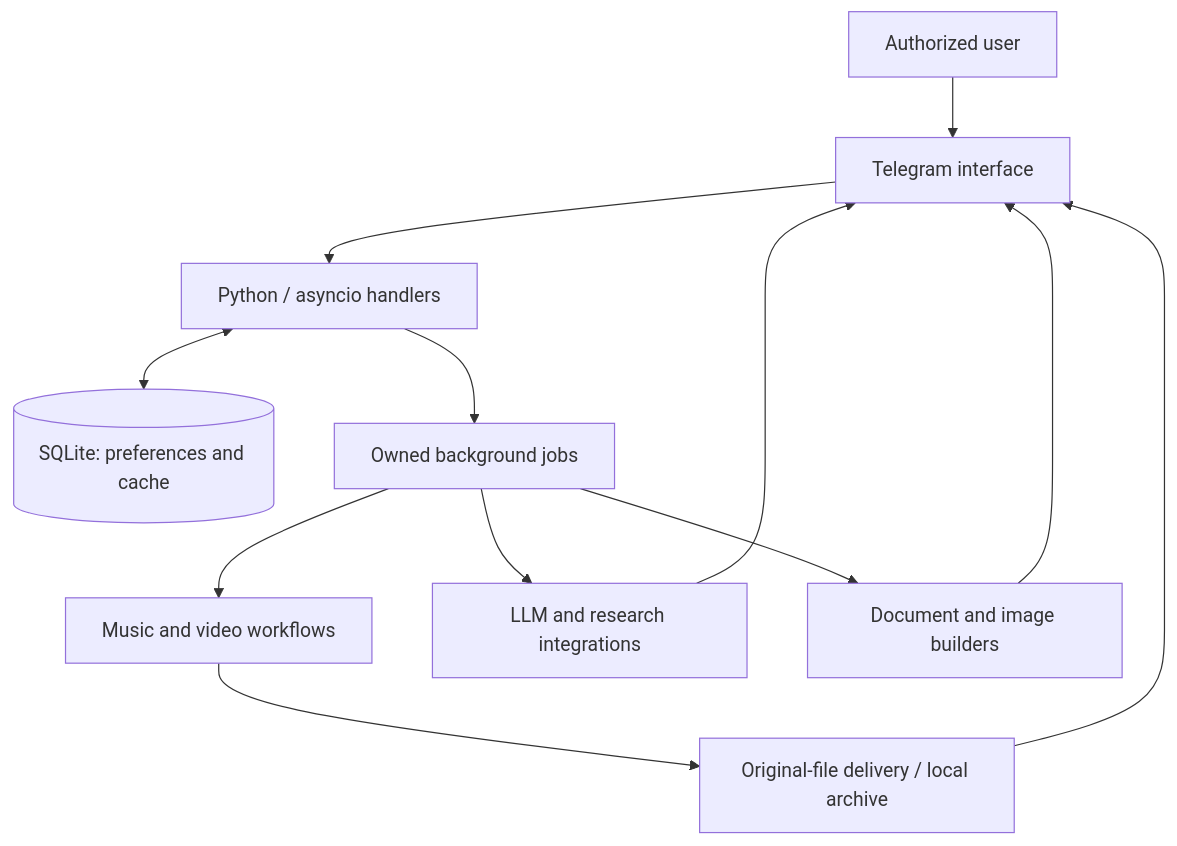
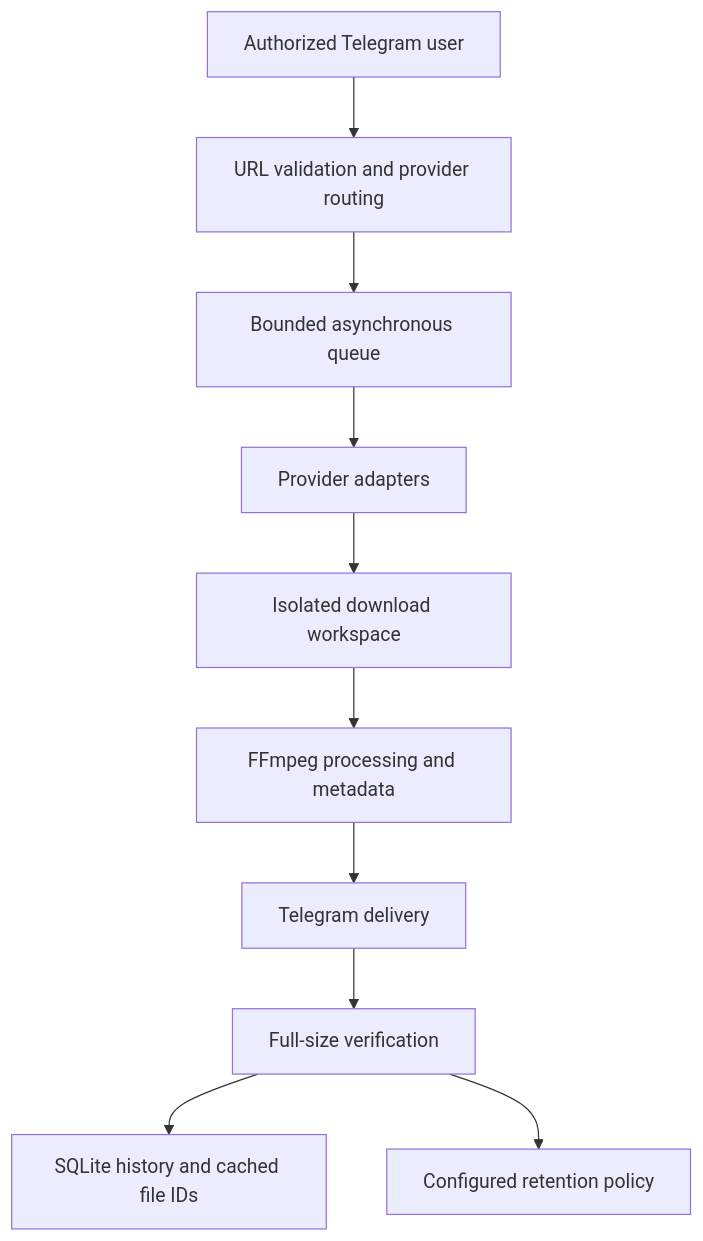
Before and after one commit to omidalighadr/samery-showcase: the diagram in README.md, drawn with Mermaid. The commit also changed other lines of this file, not shown here.

Commit message:
Replace assistant showcase with focused Samery Media case study

````diff
--- a/README.md
+++ b/README.md
@@ -62,14 +44,12 @@
 ```mermaid
 flowchart TD
-    USER[Authorized user] --> TG[Telegram interface]
-    TG --> CORE[Python / asyncio handlers]
-    CORE <--> DB[(SQLite: preferences and cache)]
-    CORE --> JOBS[Owned background jobs]
-    JOBS --> MEDIA[Music and video workflows]
-    JOBS --> AI[LLM and research integrations]
-    JOBS --> DOCS[Document and image builders]
-    MEDIA --> DELIVERY[Original-file delivery / local archive]
-    AI --> TG
-    DOCS --> TG
-    DELIVERY --> TG
+    A[Authorized Telegram user] --> B[URL validation and provider routing]
+    B --> C[Bounded asynchronous queue]
+    C --> D[Provider adapters]
+    D --> E[Isolated download workspace]
+    E --> F[FFmpeg processing and metadata]
+    F --> G[Telegram delivery]
+    G --> H[Full-size verification]
+    H --> I[SQLite history and cached file IDs]
+    H --> J[Configured retention policy]
 ```
````
